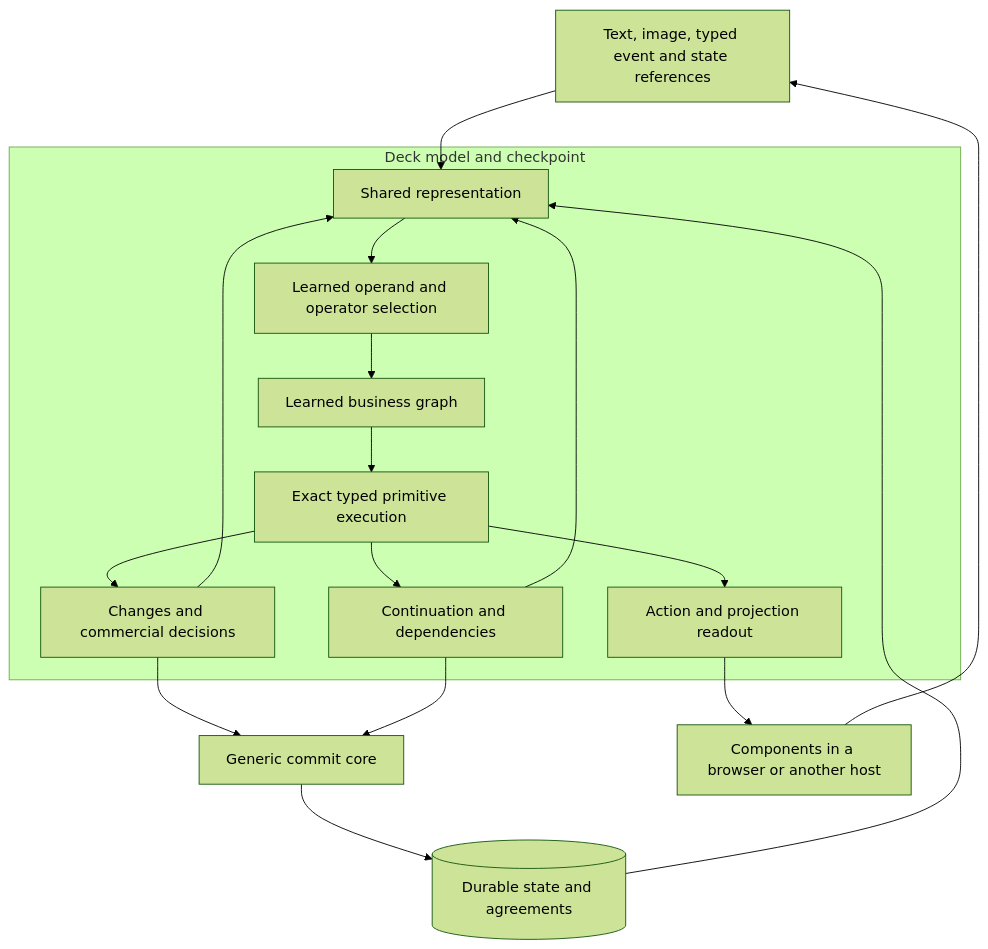
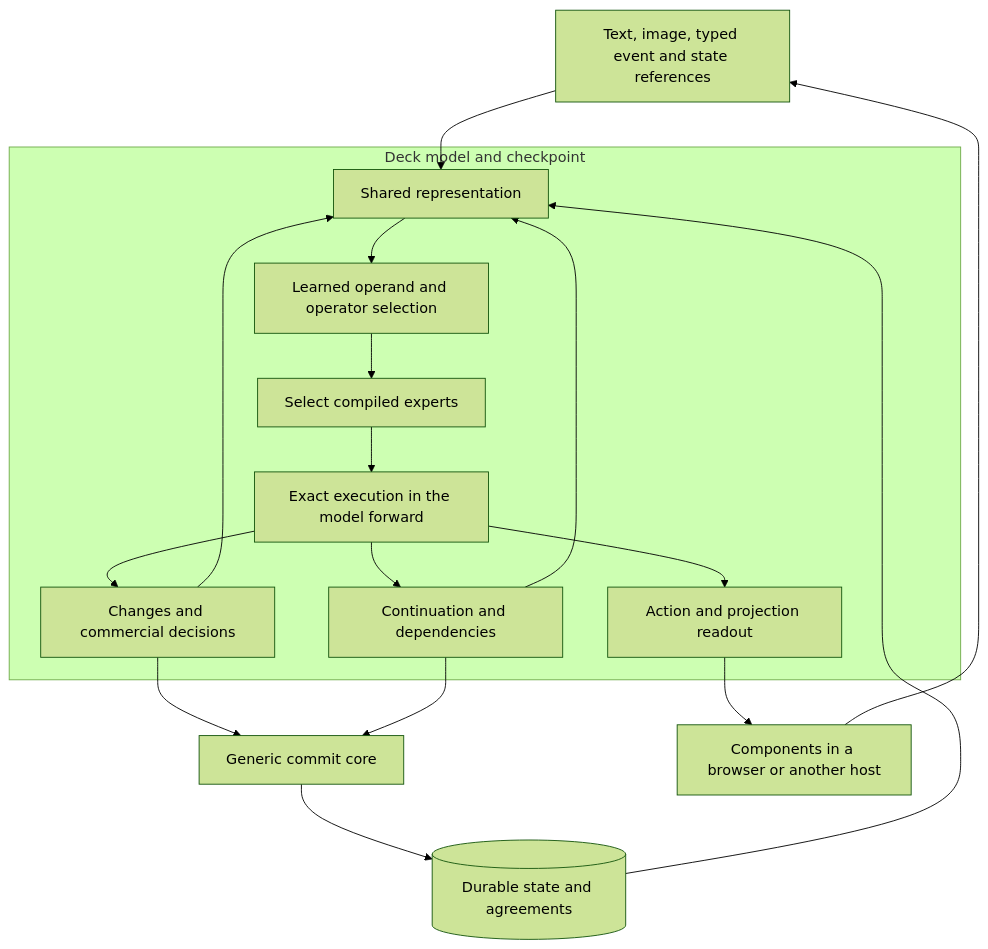
Before and after one commit to sthamann/holodeck: the diagram in docs/architecture.md, drawn with Mermaid (forest theme). The commit also changed other lines of this file and 27 other files, not shown here.

Commit message:
Run Holoshop experts inside compiled model forwards

````diff
--- a/docs/architecture.md
+++ b/docs/architecture.md
@@ -73,20 +77,20 @@
 ```mermaid
 flowchart TB
     I[Text, image, typed event and state references] --> ENC
     subgraph DECK[Deck model and checkpoint]
         ENC[Shared representation] --> OP[Learned operand and operator selection]
-        OP --> GRAPH[Learned business graph]
-        GRAPH --> EXACT[Exact typed primitive execution]
+        OP --> GRAPH[Select compiled experts]
+        GRAPH --> EXACT[Exact execution in the model forward]
         EXACT --> EFFECT[Changes and commercial decisions]
         EXACT --> FLOW[Continuation and dependencies]
         EXACT --> UI[Action and projection readout]
         EFFECT --> ENC
         FLOW --> ENC
     end
     EFFECT --> COMMIT[Generic commit core]
     FLOW --> COMMIT
     COMMIT --> STORE[(Durable state and agreements)]
     STORE --> ENC
     UI --> RENDER[Components in a browser or another host]
     RENDER --> I
 ```
````
